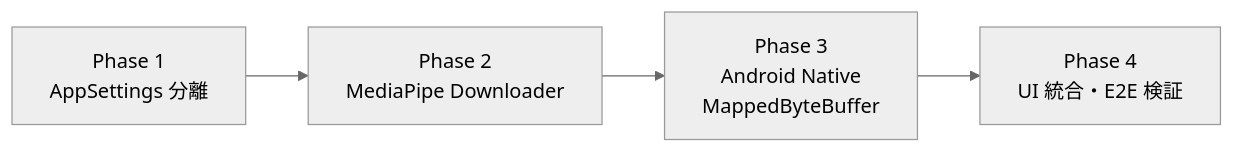
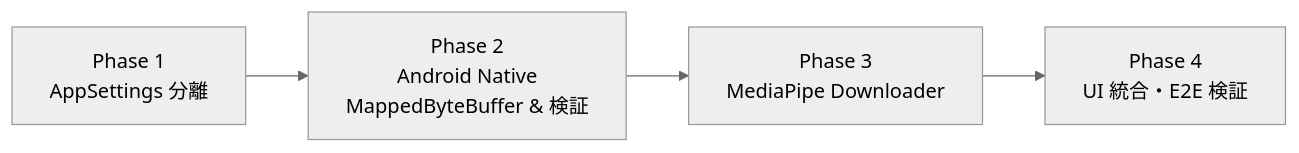
The diagram in docs/issues/issue-13-mediapipe-remote-model-pipeline.md (tahosook/dining-memory-app), drawn with Mermaid (neutral theme) before and after one commit. The commit also changed other lines of this file, not shown here.

Commit message:
docs: reorder Phase 2 (Native) and Phase 3 (Downloader) to resolve dependency inversion

````diff
--- a/docs/issues/issue-13-mediapipe-remote-model-pipeline.md
+++ b/docs/issues/issue-13-mediapipe-remote-model-pipeline.md
@@ -23,6 +23,6 @@
 ```mermaid
 flowchart LR
-  P1["Phase 1\nAppSettings 分離"] --> P2["Phase 2\nMediaPipe Downloader"]
-  P2 --> P3["Phase 3\nAndroid Native\nMappedByteBuffer"]
+  P1["Phase 1\nAppSettings 分離"] --> P2["Phase 2\nAndroid Native\nMappedByteBuffer & 検証"]
+  P2 --> P3["Phase 3\nMediaPipe Downloader"]
   P3 --> P4["Phase 4\nUI 統合・E2E 検証"]
 ```
````
